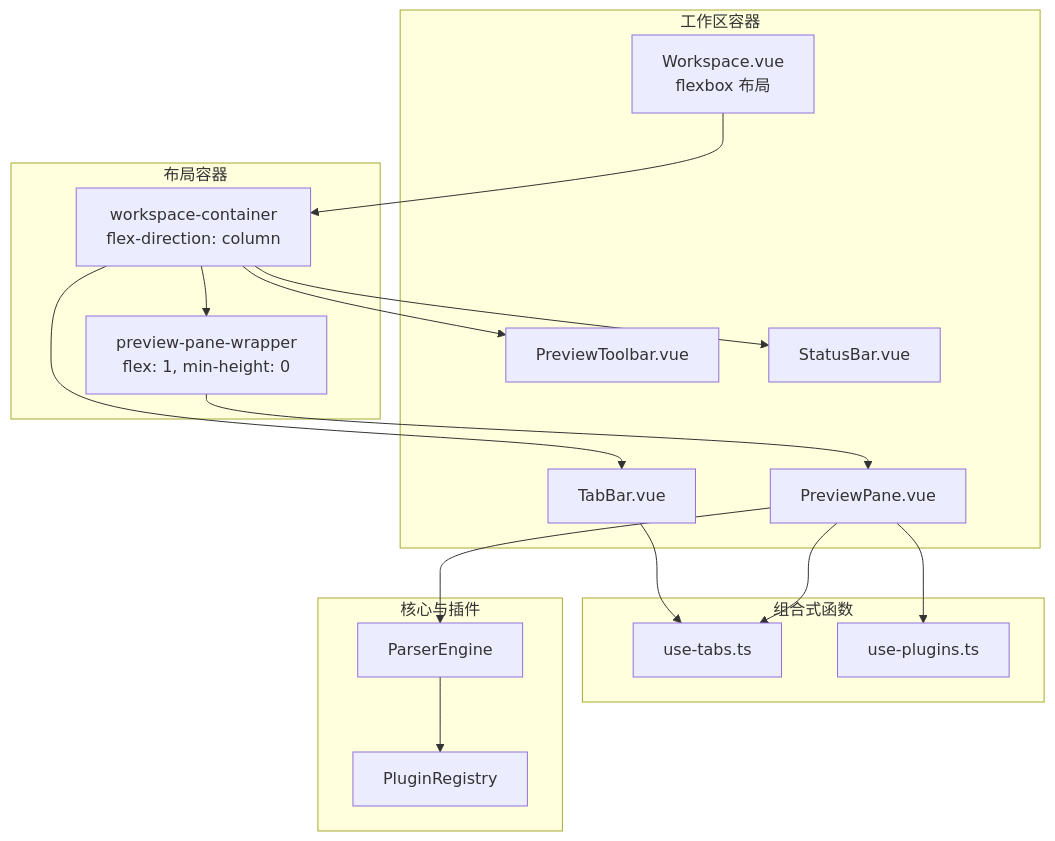
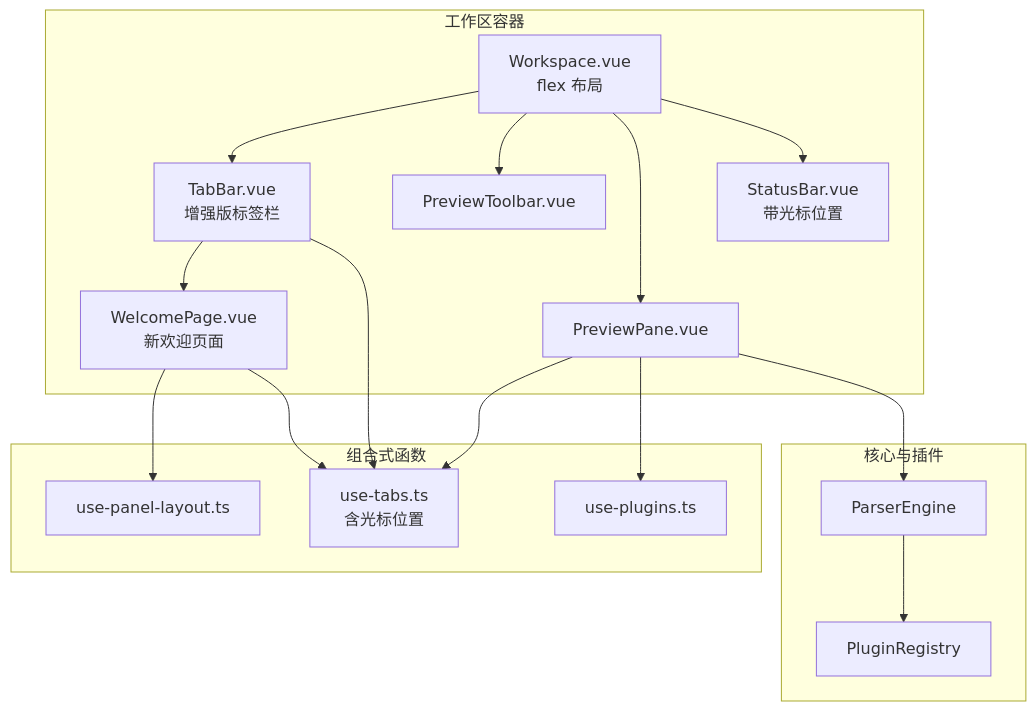
The first of 4 diagrams in .qoder/repowiki/zh/content/架构设计/组件层次结构/工作区组件/主工作区组件.md (taoweidong/Hello-Tauri), drawn with Mermaid before and after one commit. The commit also changed other lines of this file and 119 other files, not shown here.

````diff
--- a/.qoder/repowiki/zh/content/架构设计/组件层次结构/工作区组件/主工作区组件.md
+++ b/.qoder/repowiki/zh/content/架构设计/组件层次结构/工作区组件/主工作区组件.md
@@ -44,33 +47,32 @@
 ```mermaid
 graph TB
 subgraph "工作区容器"
-W["Workspace.vue<br/>flexbox 布局"]
-TB["TabBar.vue"]
+W["Workspace.vue<br/>flex 布局"]
+TB["TabBar.vue<br/>增强版标签栏"]
 PT["PreviewToolbar.vue"]
 PP["PreviewPane.vue"]
-SB["StatusBar.vue"]
-end
-subgraph "布局容器"
-WC["workspace-container<br/>flex-direction: column"]
-PW["preview-pane-wrapper<br/>flex: 1, min-height: 0"]
+SB["StatusBar.vue<br/>带光标位置"]
+WP["WelcomePage.vue<br/>新欢迎页面"]
 end
 subgraph "组合式函数"
-UT["use-tabs.ts"]
+UT["use-tabs.ts<br/>含光标位置"]
 UP["use-plugins.ts"]
+UPL["use-panel-layout.ts"]
 end
 subgraph "核心与插件"
 PE["ParserEngine"]
 REG["PluginRegistry"]
 end
-W --> WC
-WC --> TB
-WC --> PT
-WC --> PW
-PW --> PP
-WC --> SB
+W --> TB
+W --> PT
+W --> PP
+W --> SB
+TB --> WP
 TB --> UT
 PP --> UT
 PP --> UP
 PP --> PE
 PE --> REG
+WP --> UPL
+WP --> UT
 ```
````
